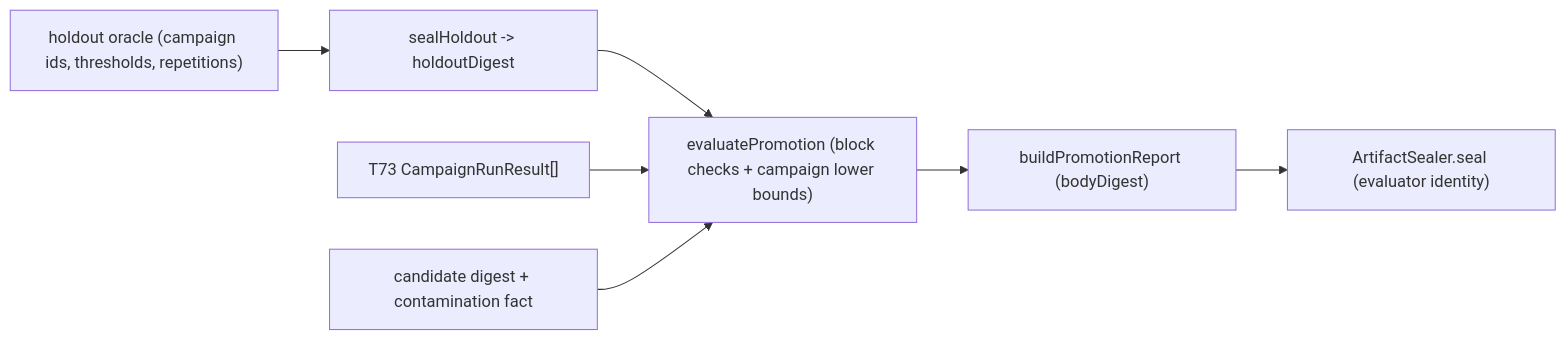
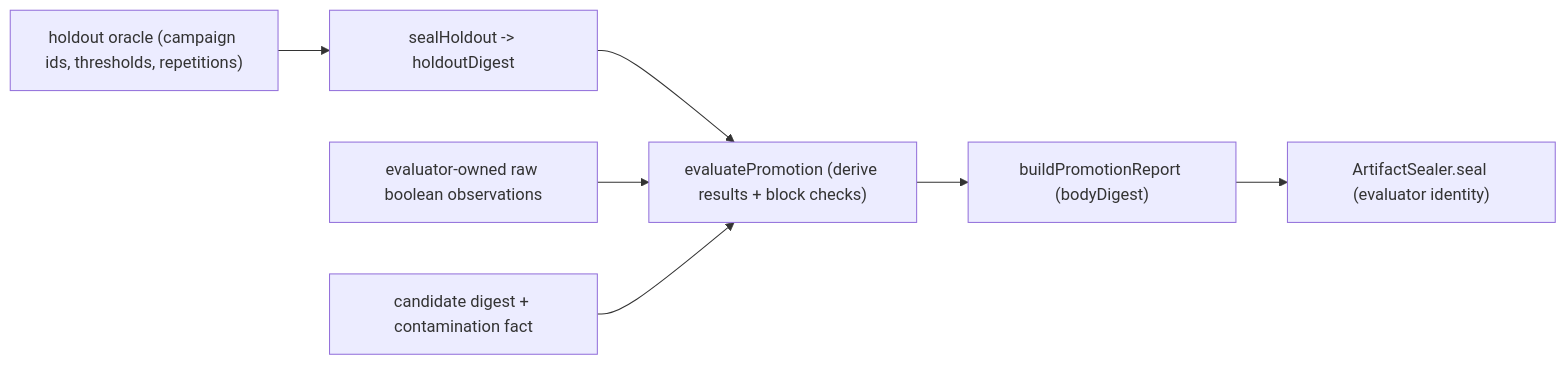
The diagram in .specs/features/sealed-holdout/design.md (accd/verchestra), drawn with Mermaid before and after one commit. The commit also changed other lines of this file and 10 other files, not shown here.

Commit message:
fix(promotion): derive holdout evidence from evaluator observations

````diff
--- a/.specs/features/sealed-holdout/design.md
+++ b/.specs/features/sealed-holdout/design.md
@@ -15,9 +15,9 @@
 ```mermaid
 flowchart LR
   Oracle["holdout oracle (campaign ids, thresholds, repetitions)"] --> Seal["sealHoldout -> holdoutDigest"]
-  Seal --> Gate["evaluatePromotion (block checks + campaign lower bounds)"]
-  Results["T73 CampaignRunResult[]"] --> Gate
+  Seal --> Gate["evaluatePromotion (derive results + block checks)"]
+  Observations["evaluator-owned raw boolean observations"] --> Gate
   Candidate["candidate digest + contamination fact"] --> Gate
   Gate --> Report["buildPromotionReport (bodyDigest)"]
   Report --> Sign["ArtifactSealer.seal (evaluator identity)"]
 ```
````
